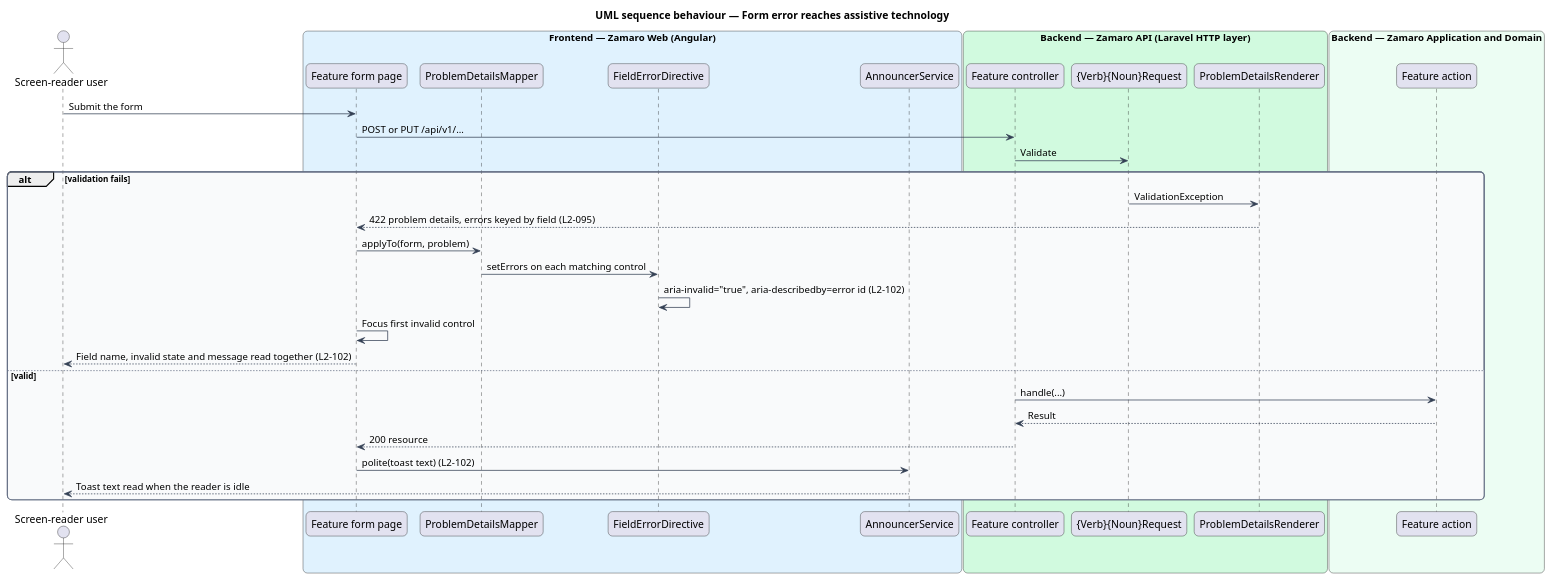
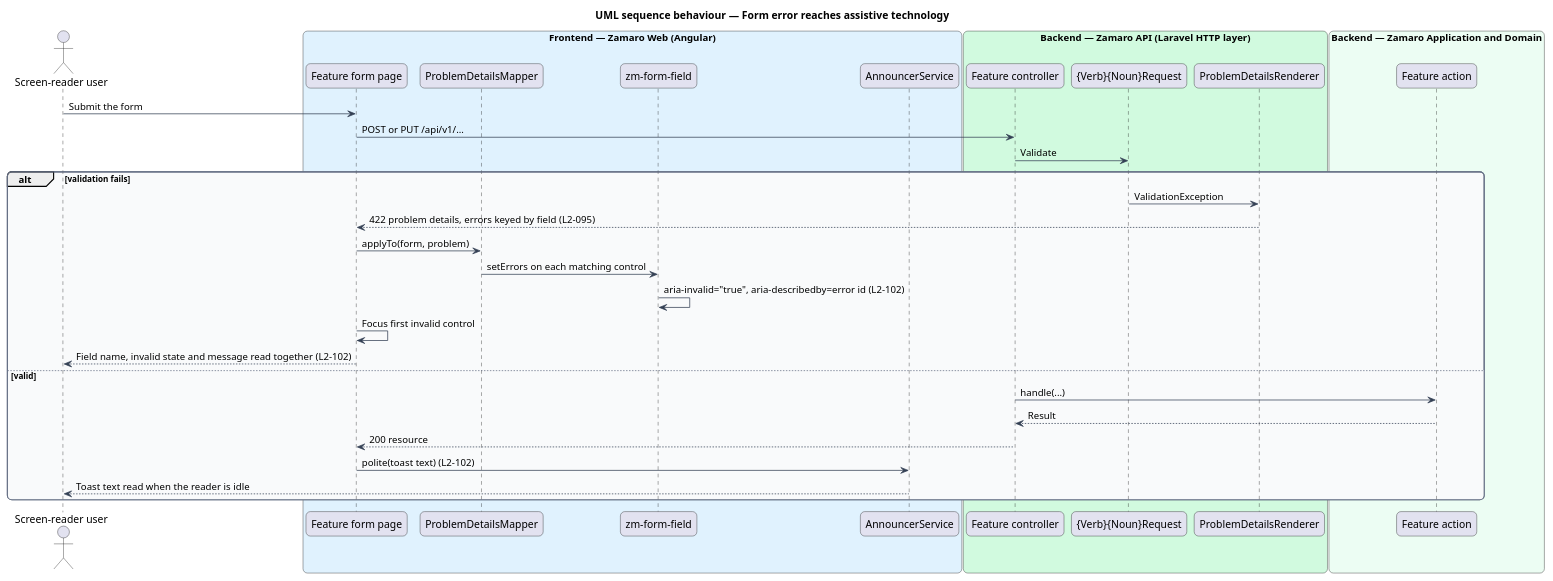
Before and after one commit to QuinntyneBrown/zamaro: the diagram in docs/detailed-designs/user-experience/meet-accessibility-standards/diagrams/sequence-form-error.puml, drawn with PlantUML. The commit also changed 71 other files, not shown here.

```diff
--- a/docs/detailed-designs/user-experience/meet-accessibility-standards/diagrams/sequence-form-error.puml
+++ b/docs/detailed-designs/user-experience/meet-accessibility-standards/diagrams/sequence-form-error.puml
@@ -1,51 +1,51 @@
 @startuml
 title UML sequence behaviour — Form error reaches assistive technology
 skinparam backgroundColor #FFFFFF
 skinparam shadowing false
 skinparam roundcorner 12
 skinparam defaultFontName Arial
 skinparam ArrowColor #344054
 skinparam rectangle {
   BorderColor #344054
   FontColor #101828
 }
 skinparam package {
   BorderColor #667085
   FontColor #101828
   BackgroundColor #F9FAFB
 }
 actor "Screen-reader user" as actor
 box "Frontend — Zamaro Web (Angular)" #E0F2FE
   participant "Feature form page" as page
   participant "ProblemDetailsMapper" as mapper
-  participant "FieldErrorDirective" as fielderr
+  participant "zm-form-field" as fielderr
   participant "AnnouncerService" as announcer
 end box
 box "Backend — Zamaro API (Laravel HTTP layer)" #D1FADF
   participant "Feature controller" as ctrl
   participant "{Verb}{Noun}Request" as req
   participant "ProblemDetailsRenderer" as renderer
 end box
 box "Backend — Zamaro Application and Domain" #ECFDF3
   participant "Feature action" as action
 end box
 
 actor -> page : Submit the form
 page -> ctrl : POST or PUT /api/v1/...
 ctrl -> req : Validate
 alt validation fails
   req -> renderer : ValidationException
   renderer --> page : 422 problem details, errors keyed by field (L2-095)
   page -> mapper : applyTo(form, problem)
   mapper -> fielderr : setErrors on each matching control
   fielderr -> fielderr : aria-invalid="true", aria-describedby=error id (L2-102)
   page -> page : Focus first invalid control
   page --> actor : Field name, invalid state and message read together (L2-102)
 else valid
   ctrl -> action : handle(...)
   action --> ctrl : Result
   ctrl --> page : 200 resource
   page -> announcer : polite(toast text) (L2-102)
   announcer --> actor : Toast text read when the reader is idle
 end
 @enduml
```
